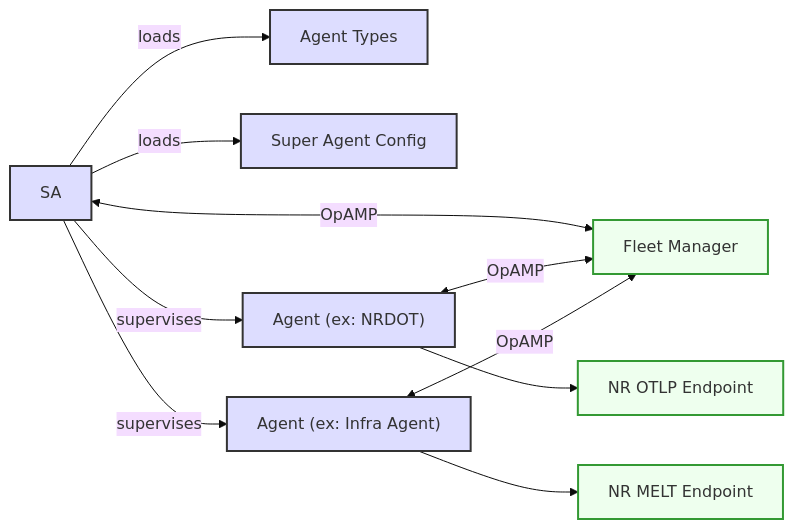
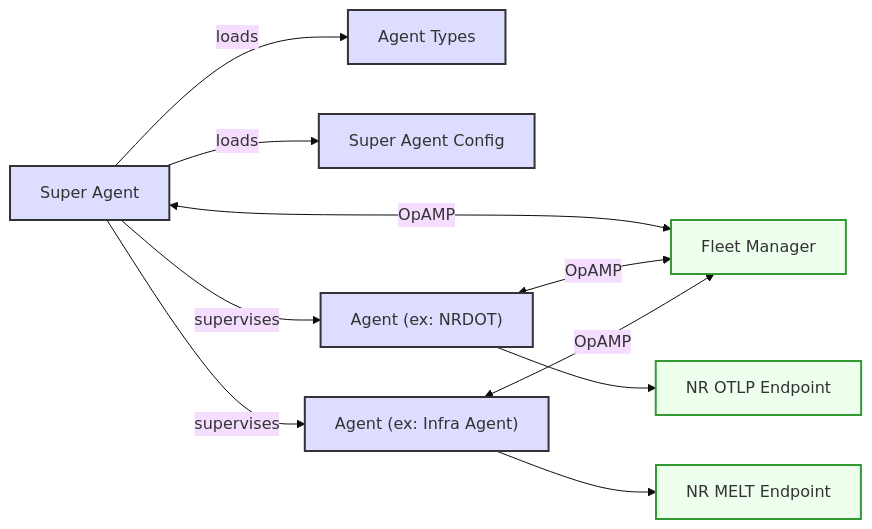
The diagram in docs/README.md (newrelic/newrelic-agent-control), drawn with Mermaid (base theme) before and after one commit.

Commit message:
chore: fix diagram

````diff
--- a/docs/README.md
+++ b/docs/README.md
@@ -14,19 +14,19 @@
 ```mermaid
 flowchart LR
-    SA -->|loads| AgentTypes[Agent Types]
+    SA[Super Agent] -->|loads| AgentTypes[Agent Types]
     SA -->|loads| SAConfig[Super Agent Config]
     SA -->|supervises| Agent1["Agent (ex: NRDOT)"]
     SA -->|supervises| Agent2["Agent (ex: Infra Agent)"]
     SA <-->|OpAMP| Fleet[Fleet Manager]
     Agent1 <-->|OpAMP| Fleet
     Agent2 <-->|OpAMP| Fleet
 
     Agent1 --> NRMelt1[NR OTLP Endpoint]
     Agent2 --> NRMelt2[NR MELT Endpoint]
     classDef default fill:#f9f,stroke:#333,stroke-width:4px;
     classDef agent-side fill:#ddf,stroke:#333,stroke-width:2px;
     classDef server-side fill:#efe,stroke:#393,stroke-width:2px;
 
     class SA,AgentTypes,Agent1,Agent2,SAConfig agent-side;
     class Fleet,NRMelt1,NRMelt2 server-side;
 ```
````
